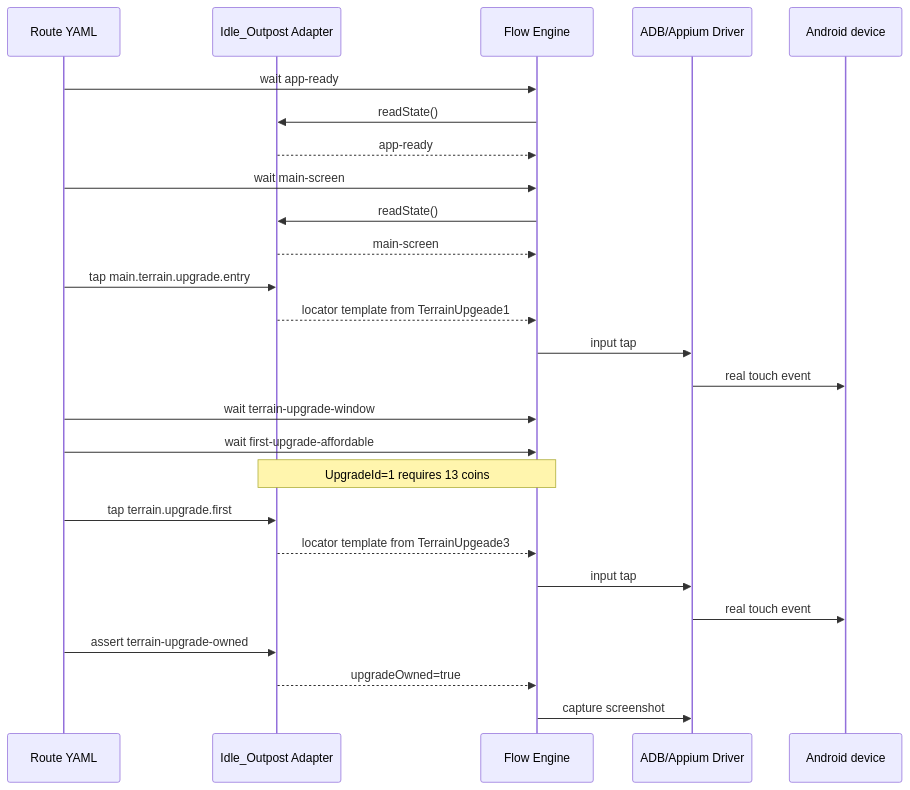
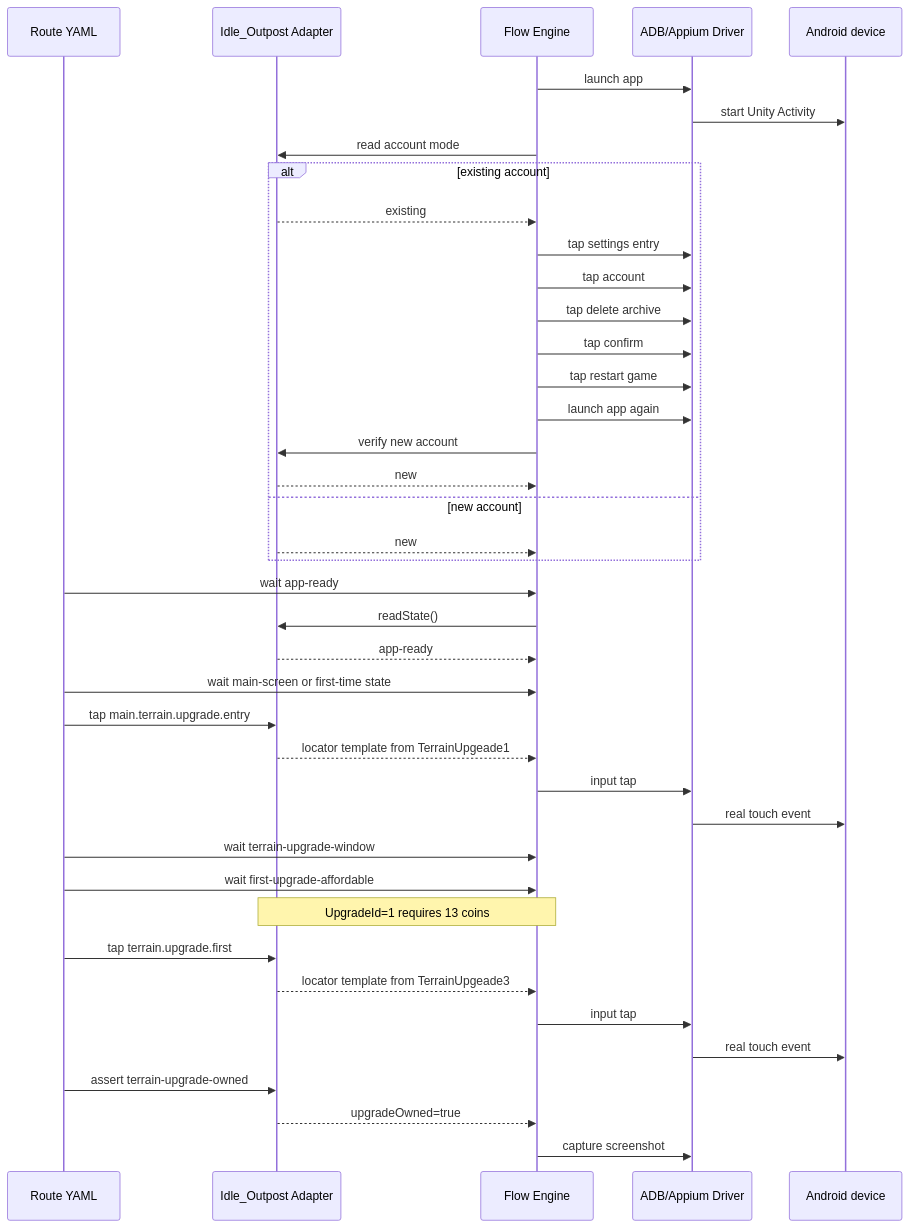
The diagram in docs/architecture/idle-outpost-first-route.md (caiyipeng2/Game-Auto-TestFramework), drawn with Mermaid before and after one commit. The commit also changed other lines of this file and 18 other files, not shown here.

````diff
--- a/docs/architecture/idle-outpost-first-route.md
+++ b/docs/architecture/idle-outpost-first-route.md
@@ -8,29 +9,43 @@
 ```mermaid
 sequenceDiagram
     participant R as Route YAML
     participant A as Idle_Outpost Adapter
     participant F as Flow Engine
     participant D as ADB/Appium Driver
     participant P as Android device
 
+    F->>D: launch app
+    D->>P: start Unity Activity
+    F->>A: read account mode
+    alt existing account
+        A-->>F: existing
+        F->>D: tap settings entry
+        F->>D: tap account
+        F->>D: tap delete archive
+        F->>D: tap confirm
+        F->>D: tap restart game
+        F->>D: launch app again
+        F->>A: verify new account
+        A-->>F: new
+    else new account
+        A-->>F: new
+    end
     R->>F: wait app-ready
     F->>A: readState()
     A-->>F: app-ready
-    R->>F: wait main-screen
-    F->>A: readState()
-    A-->>F: main-screen
+    R->>F: wait main-screen or first-time state
     R->>A: tap main.terrain.upgrade.entry
     A-->>F: locator template from TerrainUpgeade1
     F->>D: input tap
     D->>P: real touch event
     R->>F: wait terrain-upgrade-window
     R->>F: wait first-upgrade-affordable
     Note over A,F: UpgradeId=1 requires 13 coins
     R->>A: tap terrain.upgrade.first
     A-->>F: locator template from TerrainUpgeade3
     F->>D: input tap
     D->>P: real touch event
     R->>A: assert terrain-upgrade-owned
     A-->>F: upgradeOwned=true
     F->>D: capture screenshot
 ```
````
